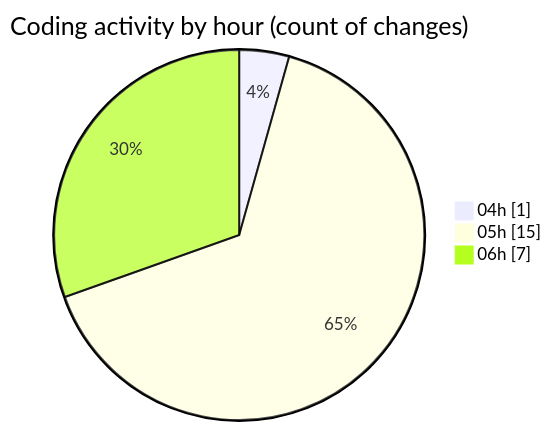
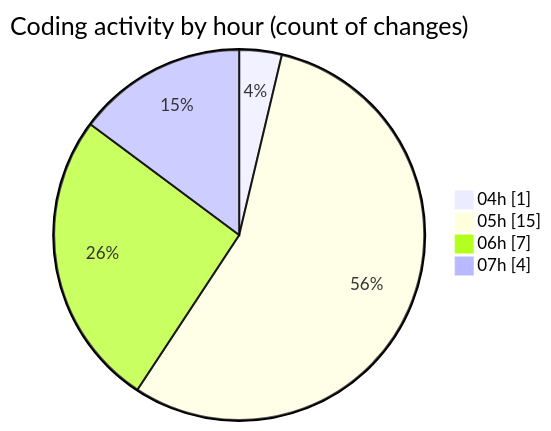
One commit to vahidmafi/code-tracking changed the second of 2 diagrams in 2025-03-24/zeytoon/README.md. Above: the diagram before and after it, drawn with Mermaid. The commit also changed other lines of this file and 1 other file, not shown here.

````diff
--- a/2025-03-24/zeytoon/README.md
+++ b/2025-03-24/zeytoon/README.md
@@ -38,7 +38,8 @@
 ```mermaid
 pie showData
 title Coding activity by hour (count of changes)
 "04h" : 1
 "05h" : 15
 "06h" : 7
+"07h" : 4
 ```
````
